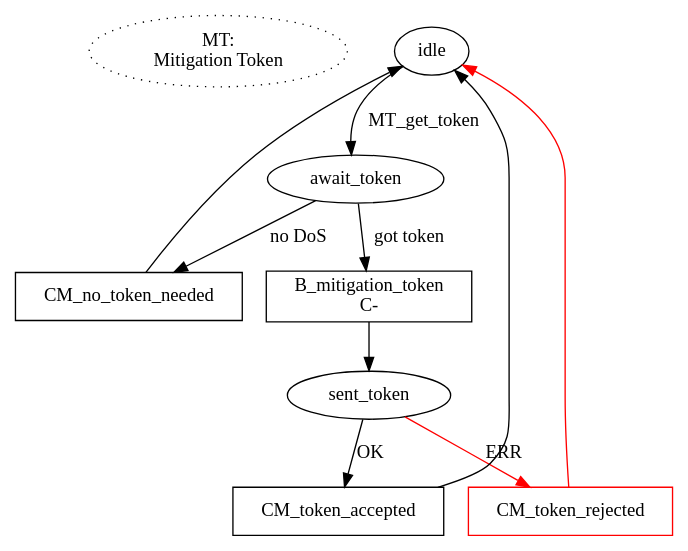
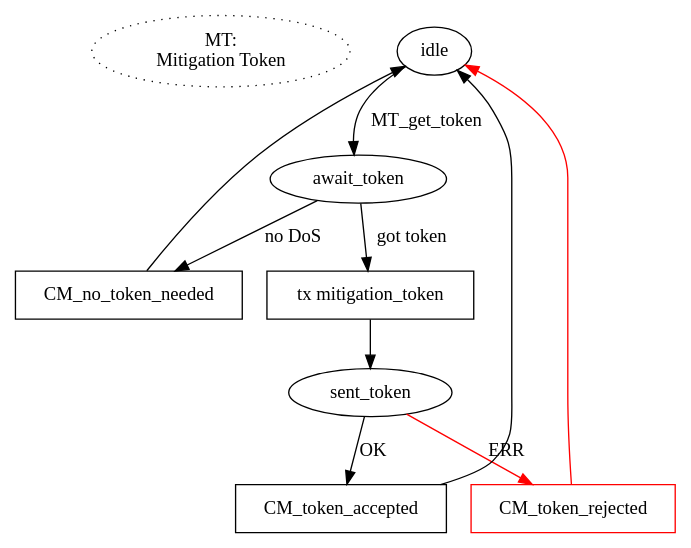
One commit to magic-wormhole/magic-wormhole changed the diagram in docs/state-machines/mitigation.dot. Above: the diagram before and after it, drawn with Graphviz. The commit also changed 7 other files, not shown here.

```diff
--- a/docs/state-machines/mitigation.dot
+++ b/docs/state-machines/mitigation.dot
@@ -1,26 +1,26 @@
 digraph {
 
         start [label="MT:\nMitigation Token" style="dotted"]
         {rank=same; start MT0}
         start -> MT0 [style="invis"]
 
         MT0 [label="idle"]
         MT0 -> await_token [label="MT_get_token"]
 
         await_token -> no_dos [label="no DoS"]
         no_dos [shape="box" label="CM_no_token_needed"]
         no_dos -> MT0
 
         await_token -> send_token [label="got token"]
-        send_token [shape="box" label="B_mitigation_token\nC-"]
+        send_token [shape="box" label="tx mitigation_token"]
 
         send_token -> sent_token
 
         sent_token -> response_ok [label="OK"]
         response_ok [shape="box" label="CM_token_accepted"]
         response_ok -> MT0
 
         sent_token -> response_err [label="ERR" color="red"]
         response_err [shape="box" label="CM_token_rejected" color="red"]
         response_err -> MT0 [color="red"]
 }
```
